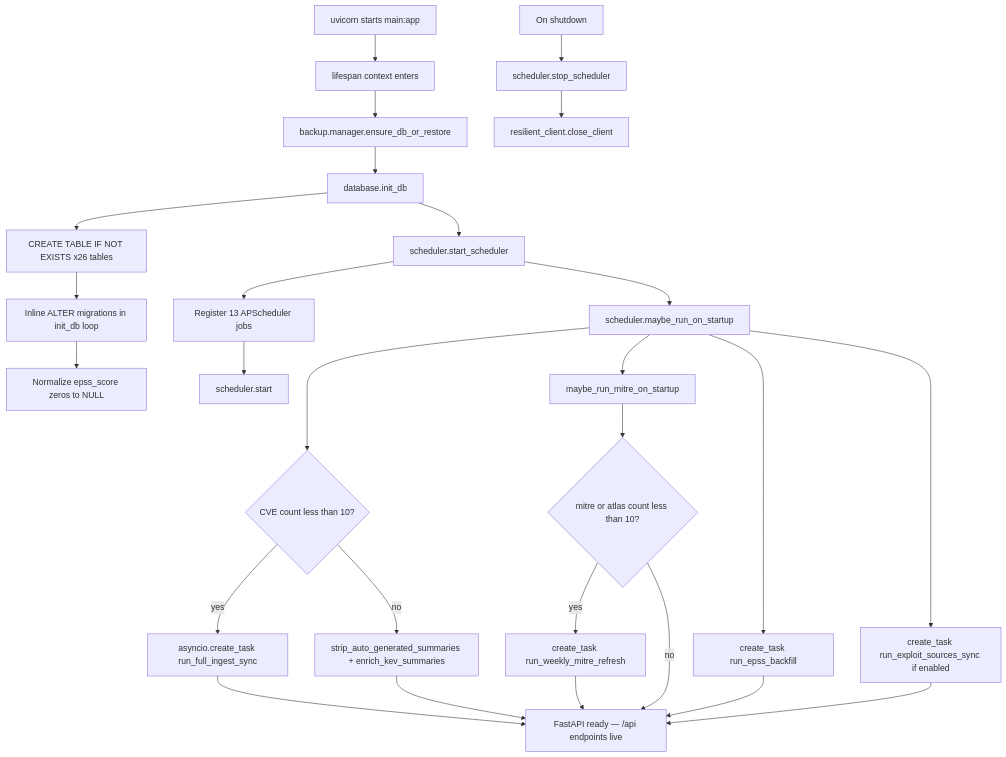
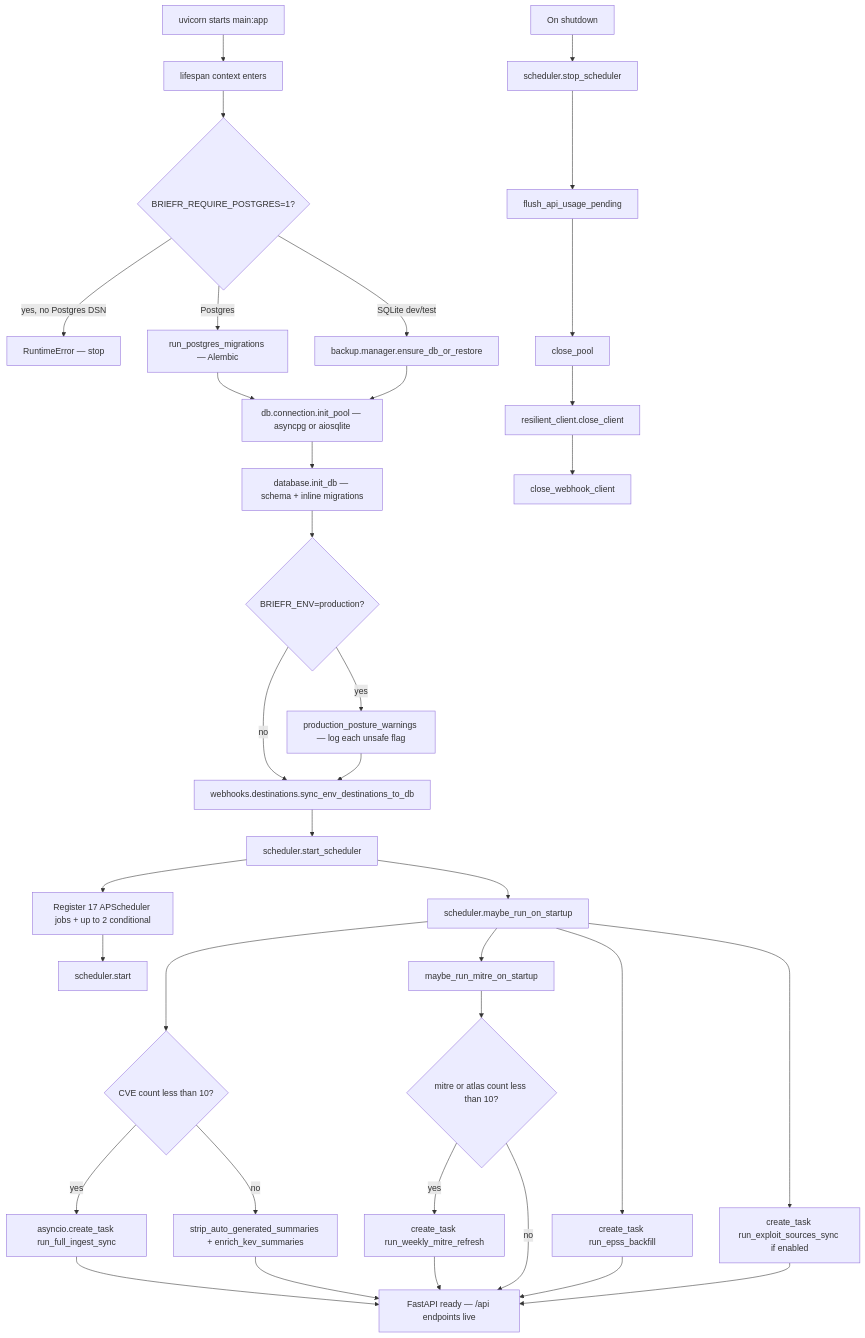
The diagram in docs/diagrams/startup.mermaid (Soldier0x0/briefr), drawn with Mermaid before and after one commit. The commit also changed 11 other files, not shown here.

First line of the commit message:
docs: refresh Mermaid diagrams for Postgres, auth, and Sprint A

```diff
--- a/docs/diagrams/startup.mermaid
+++ b/docs/diagrams/startup.mermaid
@@ -1,27 +1,37 @@
 flowchart TD
   A[uvicorn starts main:app] --> B[lifespan context enters]
-  B --> C[backup.manager.ensure_db_or_restore]
-  C --> D[database.init_db]
-  D --> D1[CREATE TABLE IF NOT EXISTS x26 tables]
-  D1 --> D2[Inline ALTER migrations in init_db loop]
-  D2 --> D3[Normalize epss_score zeros to NULL]
-  D --> E[scheduler.start_scheduler]
-  E --> E1[Register 13 APScheduler jobs]
-  E1 --> E2[scheduler.start]
-  E --> F[scheduler.maybe_run_on_startup]
-  F --> F1{CVE count less than 10?}
-  F1 -->|yes| F2[asyncio.create_task run_full_ingest_sync]
-  F1 -->|no| F3[strip_auto_generated_summaries + enrich_kev_summaries]
-  F --> G[maybe_run_mitre_on_startup]
-  G --> G1{mitre or atlas count less than 10?}
-  G1 -->|yes| G2[create_task run_weekly_mitre_refresh]
-  F --> H[create_task run_epss_backfill]
-  F --> I[create_task run_exploit_sources_sync if enabled]
-  G2 --> J[FastAPI ready — /api endpoints live]
-  F2 --> J
-  F3 --> J
-  G1 -->|no| J
-  H --> J
-  I --> J
-  K[On shutdown] --> K1[scheduler.stop_scheduler]
-  K1 --> K2[resilient_client.close_client]
+  B --> C{BRIEFR_REQUIRE_POSTGRES=1?}
+  C -->|yes, no Postgres DSN| C_FAIL[RuntimeError — stop]
+  C -->|Postgres| D1[run_postgres_migrations — Alembic]
+  C -->|SQLite dev/test| D2[backup.manager.ensure_db_or_restore]
+  D1 --> E[db.connection.init_pool — asyncpg or aiosqlite]
+  D2 --> E
+  E --> F[database.init_db — schema + inline migrations]
+  F --> G{BRIEFR_ENV=production?}
+  G -->|yes| G1[production_posture_warnings — log each unsafe flag]
+  G -->|no| H
+  G1 --> H[webhooks.destinations.sync_env_destinations_to_db]
+  H --> I[scheduler.start_scheduler]
+  I --> I1[Register 17 APScheduler jobs + up to 2 conditional]
+  I1 --> I2[scheduler.start]
+  I --> J[scheduler.maybe_run_on_startup]
+  J --> J1{CVE count less than 10?}
+  J1 -->|yes| J2[asyncio.create_task run_full_ingest_sync]
+  J1 -->|no| J3[strip_auto_generated_summaries + enrich_kev_summaries]
+  J --> K[maybe_run_mitre_on_startup]
+  K --> K1{mitre or atlas count less than 10?}
+  K1 -->|yes| K2[create_task run_weekly_mitre_refresh]
+  J --> L[create_task run_epss_backfill]
+  J --> M[create_task run_exploit_sources_sync if enabled]
+  J2 --> N[FastAPI ready — /api endpoints live]
+  J3 --> N
+  K2 --> N
+  K1 -->|no| N
+  L --> N
+  M --> N
+
+  O[On shutdown] --> O1[scheduler.stop_scheduler]
+  O1 --> O2[flush_api_usage_pending]
+  O2 --> O3[close_pool]
+  O3 --> O4[resilient_client.close_client]
+  O4 --> O5[close_webhook_client]
```
